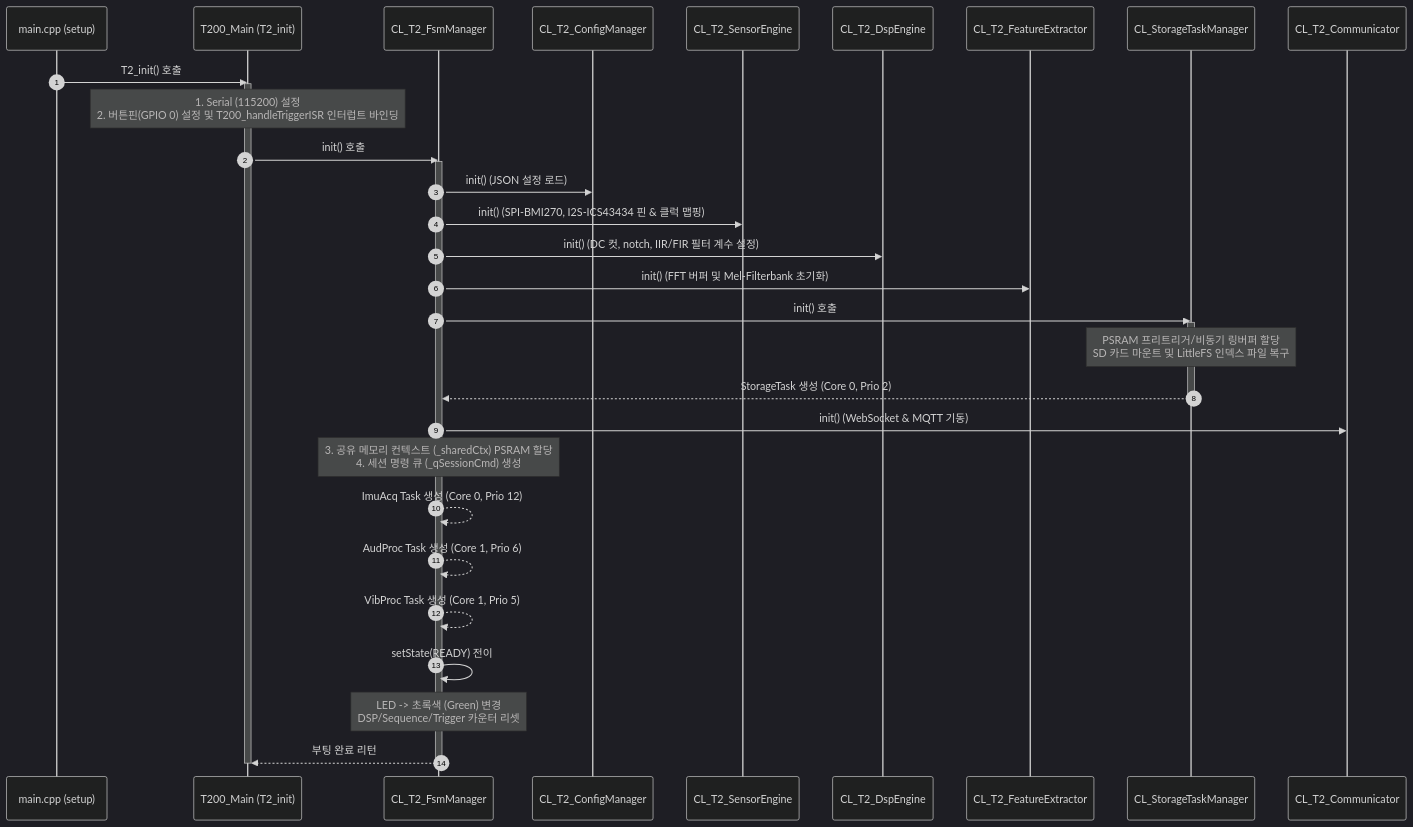
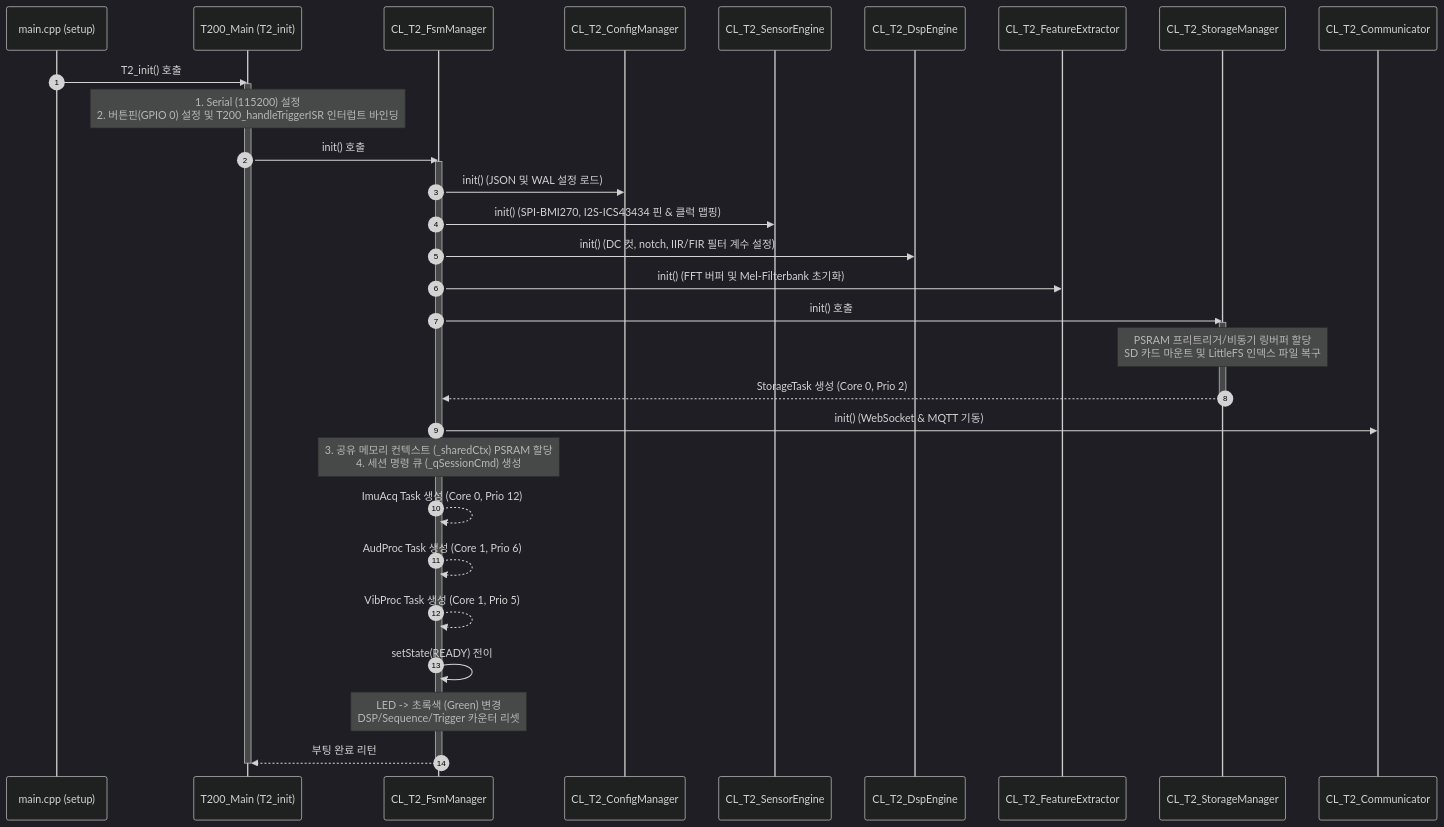
One commit to hosanglee-kr/ESP32_MSFM_250 changed the first of 5 diagrams in src/T2_MSFM_250/Docs_FuncSpec/S40_func_flow_250.md. Above: the diagram before and after it, drawn with Mermaid (dark theme). The commit also changed other lines of this file and 42 other files, not shown here.

````diff
--- a/src/T2_MSFM_250/Docs_FuncSpec/S40_func_flow_250.md
+++ b/src/T2_MSFM_250/Docs_FuncSpec/S40_func_flow_250.md
@@ -28,45 +28,45 @@
 ```mermaid
 sequenceDiagram
     autonumber
     participant Main as main.cpp (setup)
     participant T200 as T200_Main (T2_init)
     participant FsmMgr as CL_T2_FsmManager
     participant CfgMgr as CL_T2_ConfigManager
     participant Sensor as CL_T2_SensorEngine
     participant DspEng as CL_T2_DspEngine
     participant FeatExt as CL_T2_FeatureExtractor
-    participant Storage as CL_StorageTaskManager
+    participant Storage as CL_T2_StorageManager
     participant Commu as CL_T2_Communicator
 
     Main->>T200: T2_init() 호출
     activate T200
     Note over T200: 1. Serial (115200) 설정 <br/>2. 버튼핀(GPIO 0) 설정 및 T200_handleTriggerISR 인터럽트 바인딩
     T200->>FsmMgr: init() 호출
     activate FsmMgr
     
-    FsmMgr->>CfgMgr: init() (JSON 설정 로드)
+    FsmMgr->>CfgMgr: init() (JSON 및 WAL 설정 로드)
     FsmMgr->>Sensor: init() (SPI-BMI270, I2S-ICS43434 핀 & 클럭 맵핑)
     FsmMgr->>DspEng: init() (DC 컷, notch, IIR/FIR 필터 계수 설정)
     FsmMgr->>FeatExt: init() (FFT 버퍼 및 Mel-Filterbank 초기화)
     
     FsmMgr->>Storage: init() 호출
     activate Storage
     Note over Storage: PSRAM 프리트리거/비동기 링버퍼 할당<br/>SD 카드 마운트 및 LittleFS 인덱스 파일 복구
     Storage-->>FsmMgr: StorageTask 생성 (Core 0, Prio 2)
     deactivate Storage
 
     FsmMgr->>Commu: init() (WebSocket & MQTT 기동)
     
     Note over FsmMgr: 3. 공유 메모리 컨텍스트 (_sharedCtx) PSRAM 할당<br/>4. 세션 명령 큐 (_qSessionCmd) 생성
     
     FsmMgr-->>FsmMgr: ImuAcq Task 생성 (Core 0, Prio 12)
     FsmMgr-->>FsmMgr: AudProc Task 생성 (Core 1, Prio 6)
     FsmMgr-->>FsmMgr: VibProc Task 생성 (Core 1, Prio 5)
     
     FsmMgr->>FsmMgr: setState(READY) 전이
     Note over FsmMgr: LED -> 초록색 (Green) 변경<br/>DSP/Sequence/Trigger 카운터 리셋
     
     FsmMgr-->>T200: 부팅 완료 리턴
     deactivate FsmMgr
     deactivate T200
 ```
````
